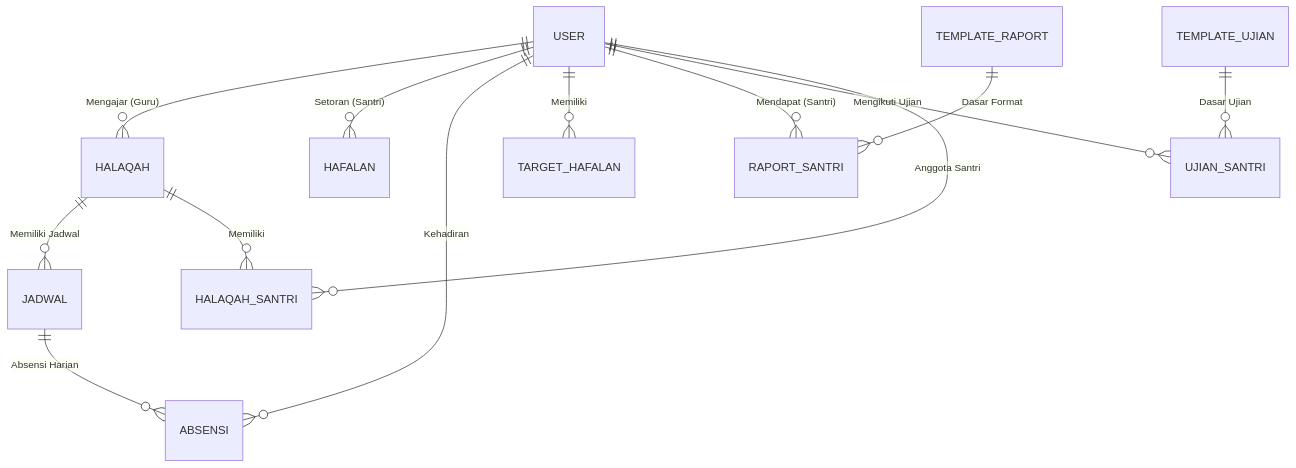
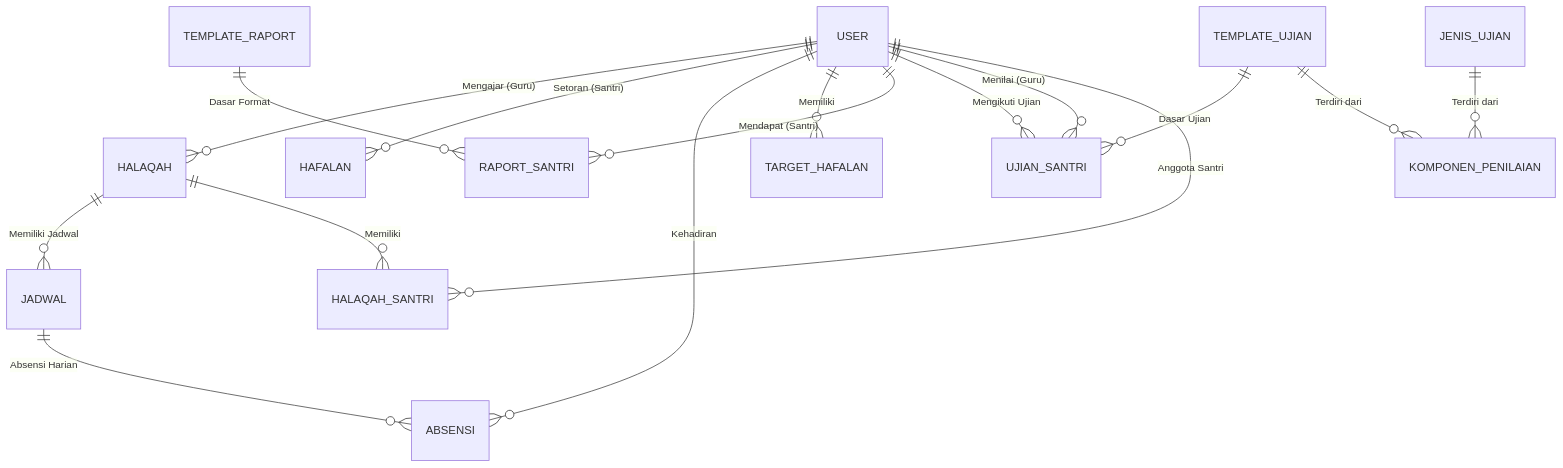
Before and after one commit to rid-cmyk/AR_update: the second of 8 diagrams in ar-hafalan/AR-Hafalan.md, drawn with Mermaid. The commit also changed 99 other files, not shown here.

````diff
--- a/ar-hafalan/AR-Hafalan.md
+++ b/ar-hafalan/AR-Hafalan.md
@@ -119,15 +119,18 @@
 ```mermaid
 erDiagram
     USER ||--o{ HALAQAH : "Mengajar (Guru)"
     USER ||--o{ HAFALAN : "Setoran (Santri)"
     USER ||--o{ ABSENSI : "Kehadiran"
     USER ||--o{ TARGET_HAFALAN : "Memiliki"
     HALAQAH ||--o{ JADWAL : "Memiliki Jadwal"
     HALAQAH ||--o{ HALAQAH_SANTRI : "Memiliki"
     HALAQAH_SANTRI }o--|| USER : "Anggota Santri"
     JADWAL ||--o{ ABSENSI : "Absensi Harian"
     USER ||--o{ RAPORT_SANTRI : "Mendapat (Santri)"
     USER ||--o{ UJIAN_SANTRI : "Mengikuti Ujian"
+    USER ||--o{ UJIAN_SANTRI : "Menilai (Guru)"
     TEMPLATE_RAPORT ||--o{ RAPORT_SANTRI : "Dasar Format"
     TEMPLATE_UJIAN ||--o{ UJIAN_SANTRI : "Dasar Ujian"
+    TEMPLATE_UJIAN ||--o{ KOMPONEN_PENILAIAN : "Terdiri dari"
+    JENIS_UJIAN ||--o{ KOMPONEN_PENILAIAN : "Terdiri dari"
 ```
````
